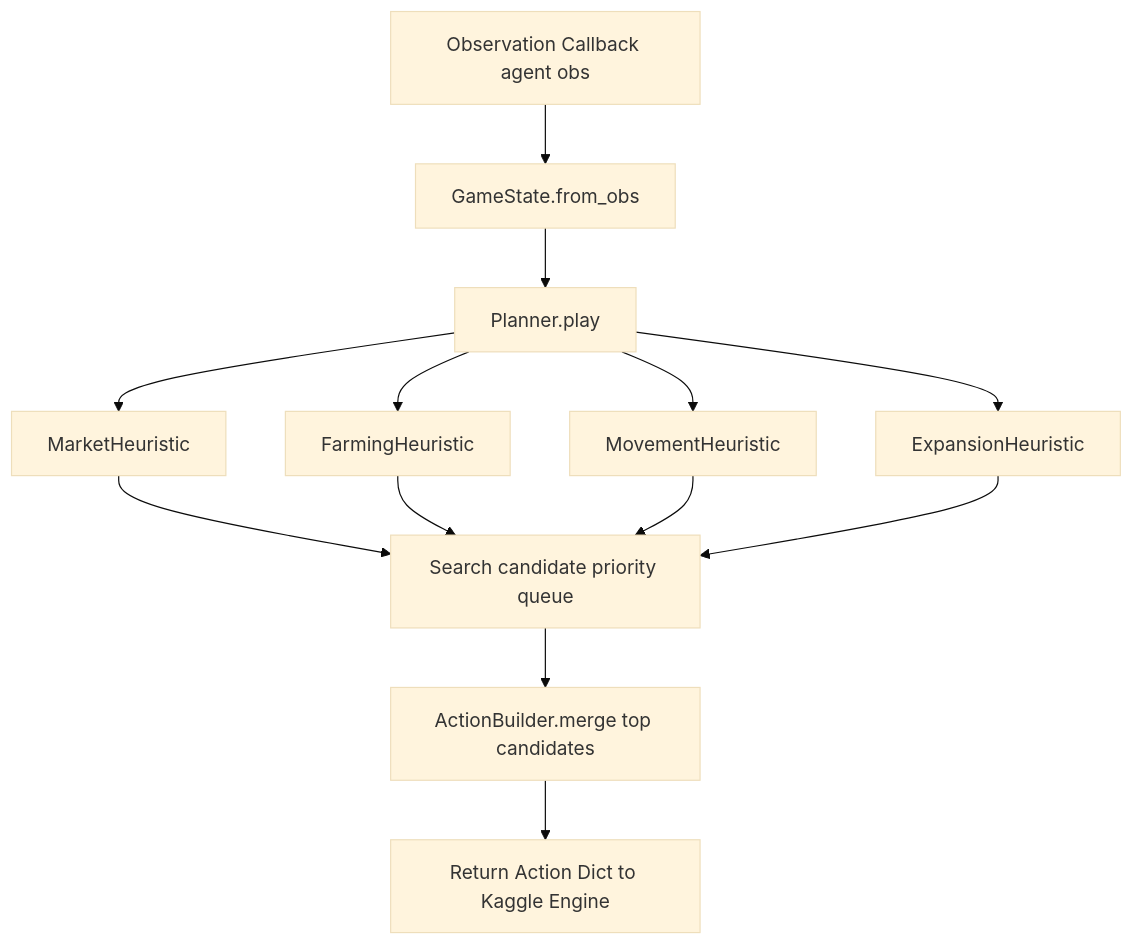
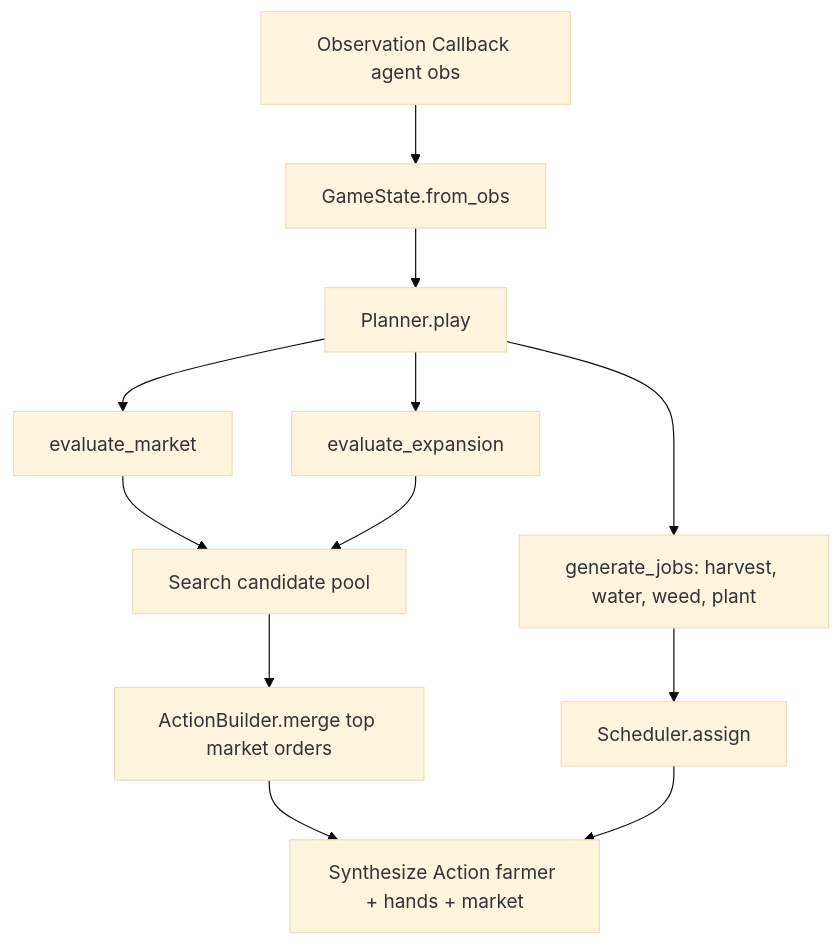
Before and after one commit to L1UK3/jeremy: the diagram in docs/how-to/implement-agent-heuristics.md, drawn with Mermaid (base theme). The commit also changed other lines of this file and 12 other files, not shown here.

````diff
--- a/docs/how-to/implement-agent-heuristics.md
+++ b/docs/how-to/implement-agent-heuristics.md
@@ -11,12 +11,12 @@
 ```mermaid
 flowchart TD
     A[Observation Callback agent obs] --> B[GameState.from_obs]
     B --> C[Planner.play]
-    C --> D[MarketHeuristic]
-    C --> E[FarmingHeuristic]
-    C --> F[MovementHeuristic]
-    C --> G[ExpansionHeuristic]
-    D & E & F & G --> H[Search candidate priority queue]
-    H --> I[ActionBuilder.merge top candidates]
-    I --> J[Return Action Dict to Kaggle Engine]
+    C --> D[evaluate_market]
+    C --> E[evaluate_expansion]
+    C --> F[generate_jobs: harvest, water, weed, plant]
+    D & E --> G[Search candidate pool]
+    G --> H[ActionBuilder.merge top market orders]
+    F --> I[Scheduler.assign]
+    H & I --> J[Synthesize Action farmer + hands + market]
 ```
````
